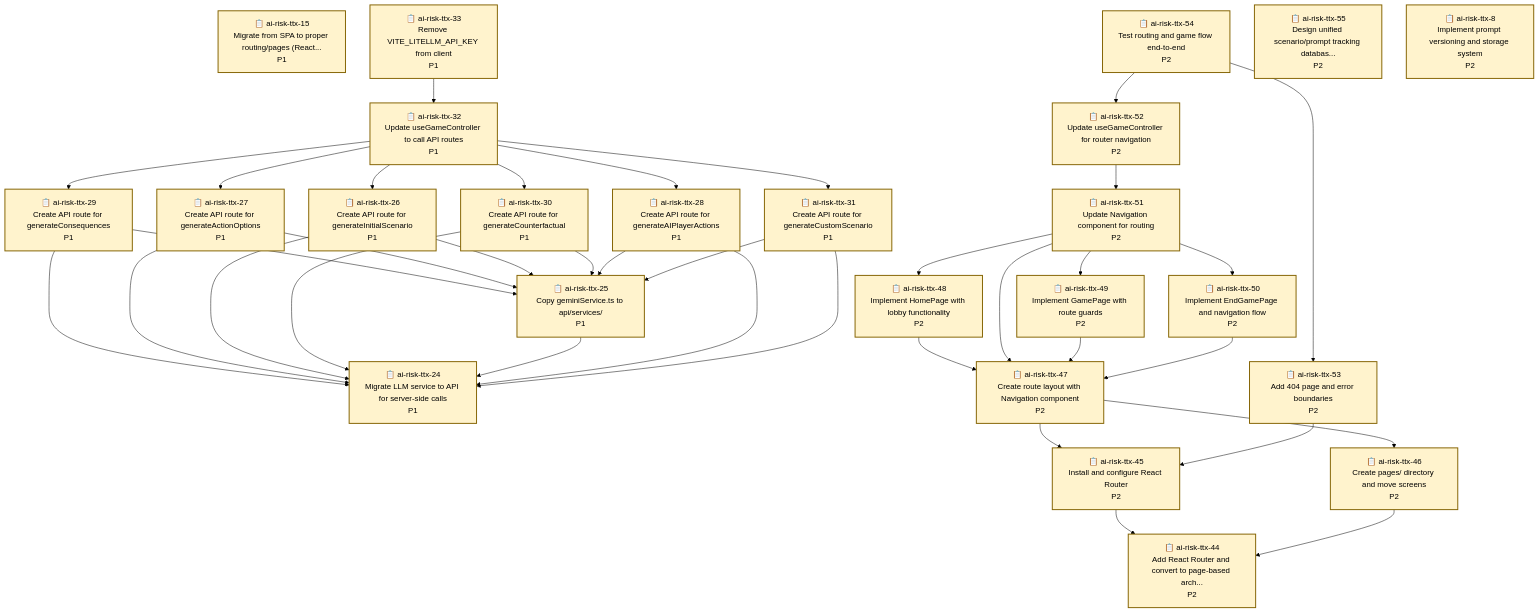
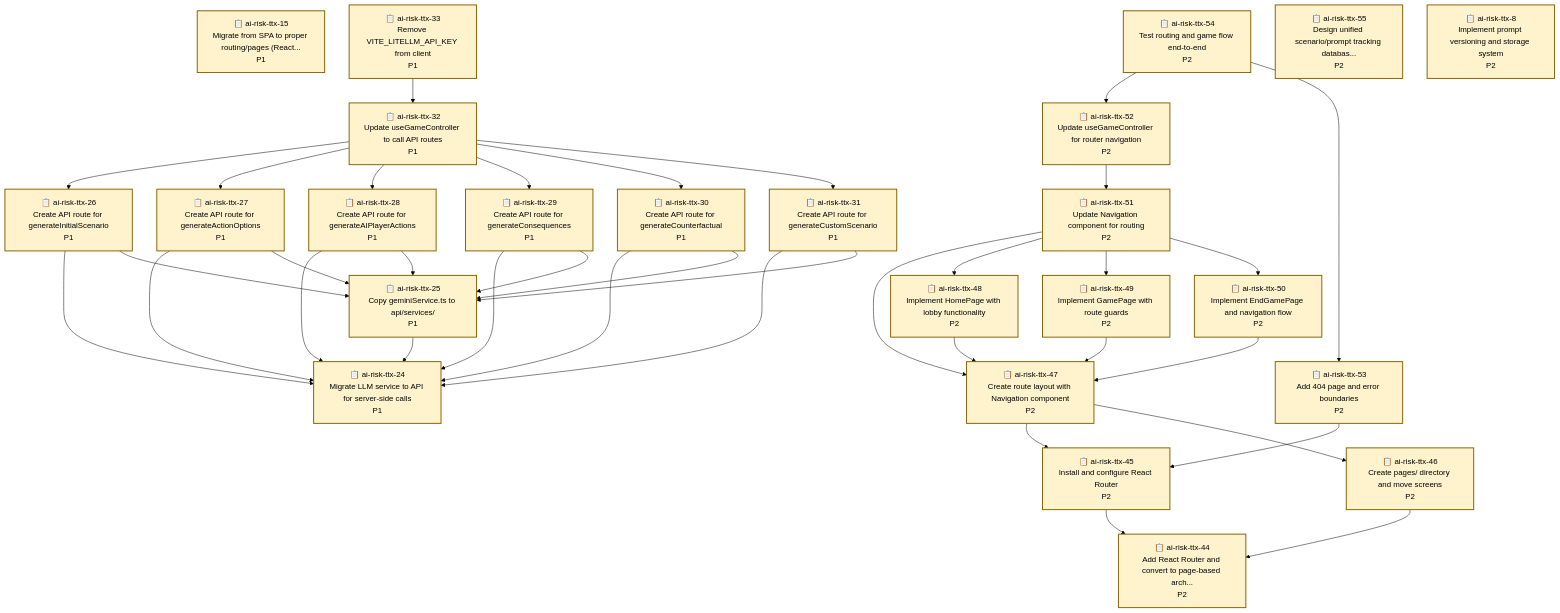
One commit to bhi5hmaraj/ai-risk-ttx changed the diagram in .beads/graph.md. Above: the diagram before and after it, drawn with Mermaid (forest theme). The commit also changed other lines of this file and 3 other files, not shown here.

````diff
--- a/.beads/graph.md
+++ b/.beads/graph.md
@@ -49,39 +49,39 @@
     ai-risk-ttx-8["📋 ai-risk-ttx-8<br/>Implement prompt versioning and storage system<br/>P2"]
     style ai-risk-ttx-8 fill:#fff3cd,stroke:#856404,stroke-width:2px
 
+    ai-risk-ttx-46 --> ai-risk-ttx-44
+    ai-risk-ttx-28 --> ai-risk-ttx-24
+    ai-risk-ttx-28 --> ai-risk-ttx-25
+    ai-risk-ttx-25 --> ai-risk-ttx-24
+    ai-risk-ttx-33 --> ai-risk-ttx-32
+    ai-risk-ttx-48 --> ai-risk-ttx-47
+    ai-risk-ttx-31 --> ai-risk-ttx-24
+    ai-risk-ttx-31 --> ai-risk-ttx-25
+    ai-risk-ttx-26 --> ai-risk-ttx-24
+    ai-risk-ttx-26 --> ai-risk-ttx-25
+    ai-risk-ttx-49 --> ai-risk-ttx-47
+    ai-risk-ttx-50 --> ai-risk-ttx-47
     ai-risk-ttx-29 --> ai-risk-ttx-24
     ai-risk-ttx-29 --> ai-risk-ttx-25
-    ai-risk-ttx-27 --> ai-risk-ttx-24
-    ai-risk-ttx-27 --> ai-risk-ttx-25
-    ai-risk-ttx-26 --> ai-risk-ttx-24
-    ai-risk-ttx-26 --> ai-risk-ttx-25
-    ai-risk-ttx-45 --> ai-risk-ttx-44
-    ai-risk-ttx-48 --> ai-risk-ttx-47
-    ai-risk-ttx-51 --> ai-risk-ttx-47
-    ai-risk-ttx-51 --> ai-risk-ttx-48
-    ai-risk-ttx-51 --> ai-risk-ttx-49
-    ai-risk-ttx-51 --> ai-risk-ttx-50
-    ai-risk-ttx-54 --> ai-risk-ttx-52
-    ai-risk-ttx-54 --> ai-risk-ttx-53
-    ai-risk-ttx-33 --> ai-risk-ttx-32
-    ai-risk-ttx-46 --> ai-risk-ttx-44
-    ai-risk-ttx-49 --> ai-risk-ttx-47
+    ai-risk-ttx-53 --> ai-risk-ttx-45
     ai-risk-ttx-32 --> ai-risk-ttx-26
     ai-risk-ttx-32 --> ai-risk-ttx-27
     ai-risk-ttx-32 --> ai-risk-ttx-28
     ai-risk-ttx-32 --> ai-risk-ttx-29
     ai-risk-ttx-32 --> ai-risk-ttx-30
     ai-risk-ttx-32 --> ai-risk-ttx-31
-    ai-risk-ttx-50 --> ai-risk-ttx-47
+    ai-risk-ttx-51 --> ai-risk-ttx-47
+    ai-risk-ttx-51 --> ai-risk-ttx-48
+    ai-risk-ttx-51 --> ai-risk-ttx-49
+    ai-risk-ttx-51 --> ai-risk-ttx-50
     ai-risk-ttx-30 --> ai-risk-ttx-24
     ai-risk-ttx-30 --> ai-risk-ttx-25
-    ai-risk-ttx-25 --> ai-risk-ttx-24
-    ai-risk-ttx-28 --> ai-risk-ttx-24
-    ai-risk-ttx-28 --> ai-risk-ttx-25
-    ai-risk-ttx-52 --> ai-risk-ttx-51
-    ai-risk-ttx-31 --> ai-risk-ttx-24
-    ai-risk-ttx-31 --> ai-risk-ttx-25
+    ai-risk-ttx-45 --> ai-risk-ttx-44
     ai-risk-ttx-47 --> ai-risk-ttx-45
     ai-risk-ttx-47 --> ai-risk-ttx-46
-    ai-risk-ttx-53 --> ai-risk-ttx-45
+    ai-risk-ttx-27 --> ai-risk-ttx-24
+    ai-risk-ttx-27 --> ai-risk-ttx-25
+    ai-risk-ttx-54 --> ai-risk-ttx-52
+    ai-risk-ttx-54 --> ai-risk-ttx-53
+    ai-risk-ttx-52 --> ai-risk-ttx-51
 ```
````
